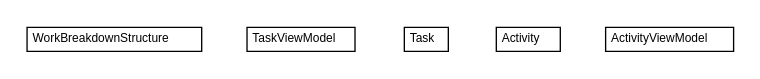
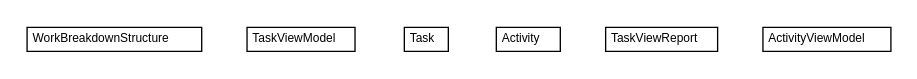
The diagram in net.ljcomputing.sr2-domain/docs/javadoc/apidocs/net/ljcomputing/sr/model/net.ljcomputing.sr.model.dot (willmorejg/net.ljcomputing.sr2), drawn with Graphviz before and after one commit. The commit also changed 40 other files, not shown here.

```diff
--- a/net.ljcomputing.sr2-domain/docs/javadoc/apidocs/net/ljcomputing/sr/model/net.ljcomputing.sr.model.dot
+++ b/net.ljcomputing.sr2-domain/docs/javadoc/apidocs/net/ljcomputing/sr/model/net.ljcomputing.sr.model.dot
@@ -1,42 +1,48 @@
 #!/usr/local/bin/dot
 #
 # Class diagram 
 # Generated by UMLGraph version R5_6 (http://www.umlgraph.org/)
 #
 
 digraph G {
 	edge [fontname="Helvetica",fontsize=10,labelfontname="Helvetica",labelfontsize=10];
 	node [fontname="Helvetica",fontsize=10,shape=plaintext];
 	nodesep=0.25;
 	ranksep=0.5;
 	// net.ljcomputing.sr.model.WorkBreakdownStructure
 	c0 [label=<<table title="net.ljcomputing.sr.model.WorkBreakdownStructure" border="0" cellborder="1" cellspacing="0" cellpadding="2" port="p" href="./WorkBreakdownStructure.html">
 		<tr><td><table border="0" cellspacing="0" cellpadding="1">
 <tr><td align="center" balign="center"> WorkBreakdownStructure </td></tr>
 		</table></td></tr>
 		</table>>, URL="./WorkBreakdownStructure.html", fontname="Helvetica", fontcolor="black", fontsize=9.0];
 	// net.ljcomputing.sr.model.TaskViewModel
 	c1 [label=<<table title="net.ljcomputing.sr.model.TaskViewModel" border="0" cellborder="1" cellspacing="0" cellpadding="2" port="p" href="./TaskViewModel.html">
 		<tr><td><table border="0" cellspacing="0" cellpadding="1">
 <tr><td align="center" balign="center"> TaskViewModel </td></tr>
 		</table></td></tr>
 		</table>>, URL="./TaskViewModel.html", fontname="Helvetica", fontcolor="black", fontsize=9.0];
 	// net.ljcomputing.sr.model.Task
 	c2 [label=<<table title="net.ljcomputing.sr.model.Task" border="0" cellborder="1" cellspacing="0" cellpadding="2" port="p" href="./Task.html">
 		<tr><td><table border="0" cellspacing="0" cellpadding="1">
 <tr><td align="center" balign="center"> Task </td></tr>
 		</table></td></tr>
 		</table>>, URL="./Task.html", fontname="Helvetica", fontcolor="black", fontsize=9.0];
 	// net.ljcomputing.sr.model.Activity
 	c3 [label=<<table title="net.ljcomputing.sr.model.Activity" border="0" cellborder="1" cellspacing="0" cellpadding="2" port="p" href="./Activity.html">
 		<tr><td><table border="0" cellspacing="0" cellpadding="1">
 <tr><td align="center" balign="center"> Activity </td></tr>
 		</table></td></tr>
 		</table>>, URL="./Activity.html", fontname="Helvetica", fontcolor="black", fontsize=9.0];
+	// net.ljcomputing.sr.model.TaskViewReport
+	c4 [label=<<table title="net.ljcomputing.sr.model.TaskViewReport" border="0" cellborder="1" cellspacing="0" cellpadding="2" port="p" href="./TaskViewReport.html">
+		<tr><td><table border="0" cellspacing="0" cellpadding="1">
+<tr><td align="center" balign="center"> TaskViewReport </td></tr>
+		</table></td></tr>
+		</table>>, URL="./TaskViewReport.html", fontname="Helvetica", fontcolor="black", fontsize=9.0];
 	// net.ljcomputing.sr.model.ActivityViewModel
-	c4 [label=<<table title="net.ljcomputing.sr.model.ActivityViewModel" border="0" cellborder="1" cellspacing="0" cellpadding="2" port="p" href="./ActivityViewModel.html">
+	c5 [label=<<table title="net.ljcomputing.sr.model.ActivityViewModel" border="0" cellborder="1" cellspacing="0" cellpadding="2" port="p" href="./ActivityViewModel.html">
 		<tr><td><table border="0" cellspacing="0" cellpadding="1">
 <tr><td align="center" balign="center"> ActivityViewModel </td></tr>
 		</table></td></tr>
 		</table>>, URL="./ActivityViewModel.html", fontname="Helvetica", fontcolor="black", fontsize=9.0];
 }
```
